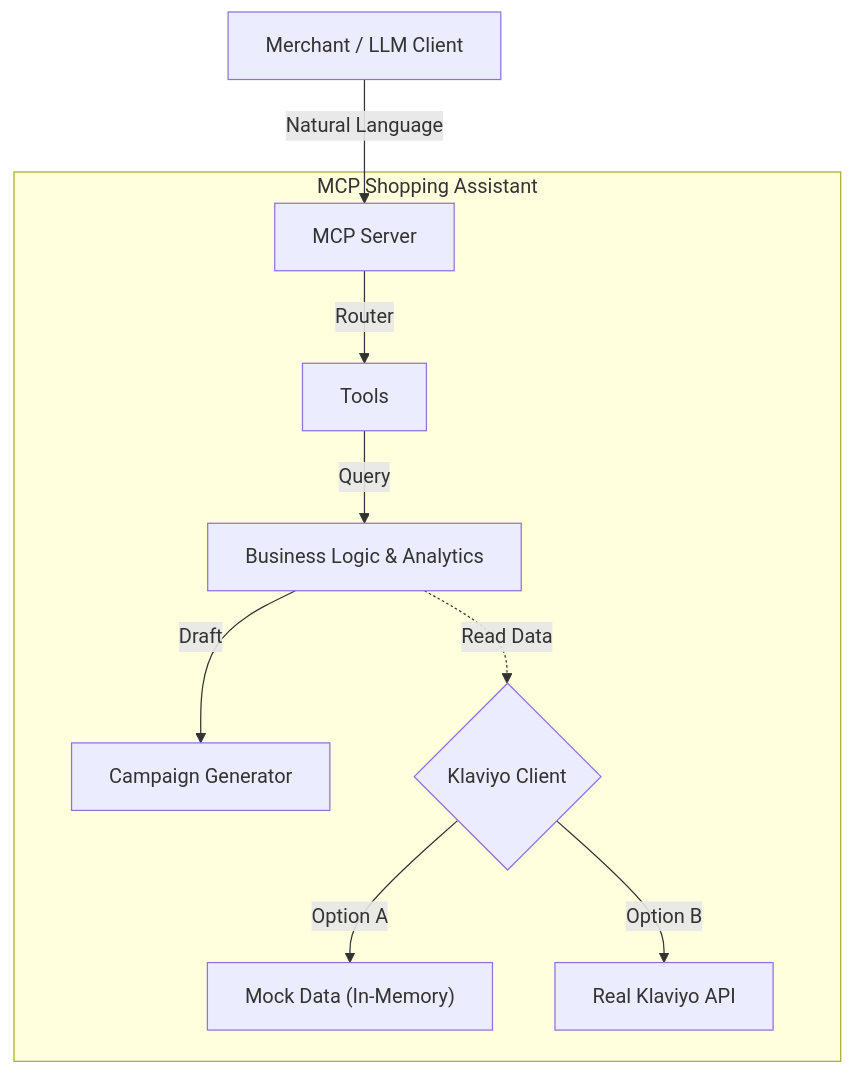
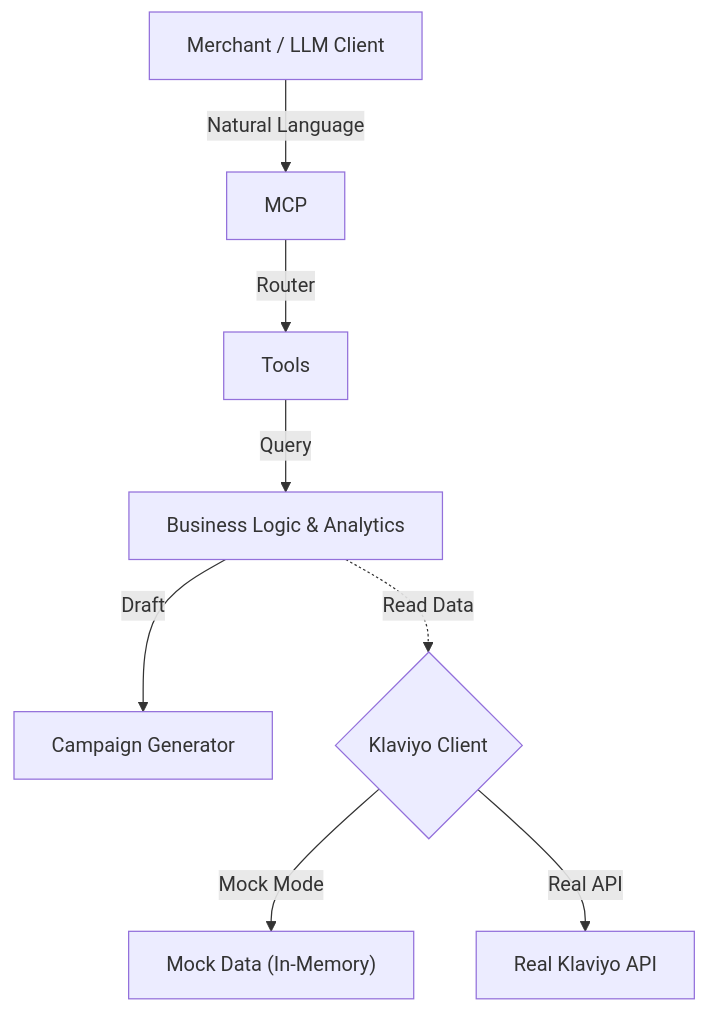
The diagram in README.md (Taeg03/klaviyo_MCP), drawn with Mermaid before and after one commit.

Commit message:
fix mermaid chart

````diff
--- a/README.md
+++ b/README.md
@@ -26,13 +26,11 @@
 ```mermaid
 graph TD
-    User["Merchant / LLM Client"] -->|Natural Language| MCP
-    subgraph "MCP Shopping Assistant"
-        MCP[MCP Server] -->|Router| Tools
-        Tools -->|Query| Logic["Business Logic & Analytics"]
-        Logic -->|Draft| Gen[Campaign Generator]
-        
-        Logic -.->|Read Data| Client{Klaviyo Client}
-        Client -->|Option A| Mock["Mock Data (In-Memory)"]
-        Client -->|Option B| Real[Real Klaviyo API]
-    end
+    User[Merchant / LLM Client] -->|Natural Language| MCP
+    MCP -->|Router| Tools
+    Tools -->|Query| Logic[Business Logic & Analytics]
+    Logic -->|Draft| Gen[Campaign Generator]
+    Logic -.->|Read Data| Client{Klaviyo Client}
+    Client -->|Mock Mode| Mock["Mock Data (In-Memory)"]
+    Client -->|Real API| Real["Real Klaviyo API"]
+
 ```
````
